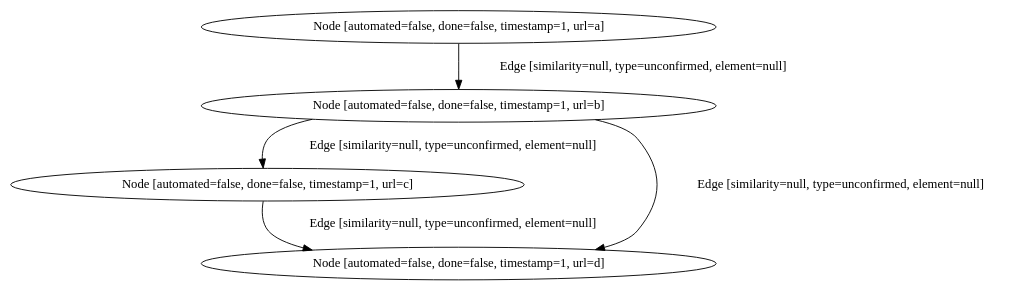
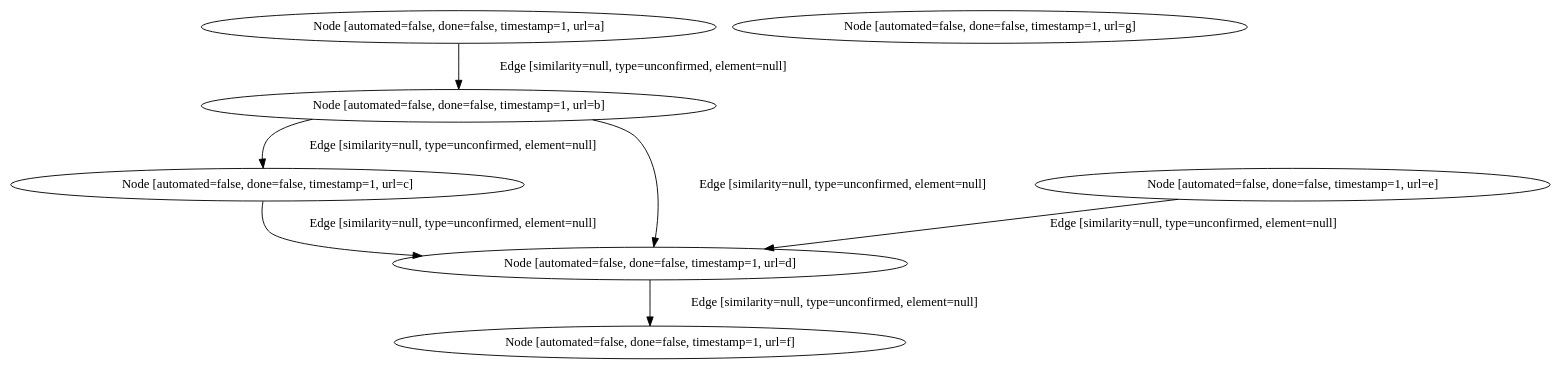
One commit to anam-mansoor7/BrowserInteractionRegeneration changed the diagram in regenerate/graph.dot. Above: the diagram before and after it, drawn with Graphviz. The commit also changed 2 other files, not shown here.

Commit message:
mark done initial

```diff
--- a/regenerate/graph.dot
+++ b/regenerate/graph.dot
@@ -1,10 +1,15 @@
 digraph G {
   1 [ label="Node [automated=false, done=false, timestamp=1, url=a]" ];
   2 [ label="Node [automated=false, done=false, timestamp=1, url=b]" ];
   3 [ label="Node [automated=false, done=false, timestamp=1, url=c]" ];
   4 [ label="Node [automated=false, done=false, timestamp=1, url=d]" ];
+  5 [ label="Node [automated=false, done=false, timestamp=1, url=e]" ];
+  6 [ label="Node [automated=false, done=false, timestamp=1, url=f]" ];
+  7 [ label="Node [automated=false, done=false, timestamp=1, url=g]" ];
   1 -> 2 [ label="Edge [similarity=null, type=unconfirmed, element=null]" ];
   2 -> 3 [ label="Edge [similarity=null, type=unconfirmed, element=null]" ];
   3 -> 4 [ label="Edge [similarity=null, type=unconfirmed, element=null]" ];
   2 -> 4 [ label="Edge [similarity=null, type=unconfirmed, element=null]" ];
+  5 -> 4 [ label="Edge [similarity=null, type=unconfirmed, element=null]" ];
+  4 -> 6 [ label="Edge [similarity=null, type=unconfirmed, element=null]" ];
 }
```
